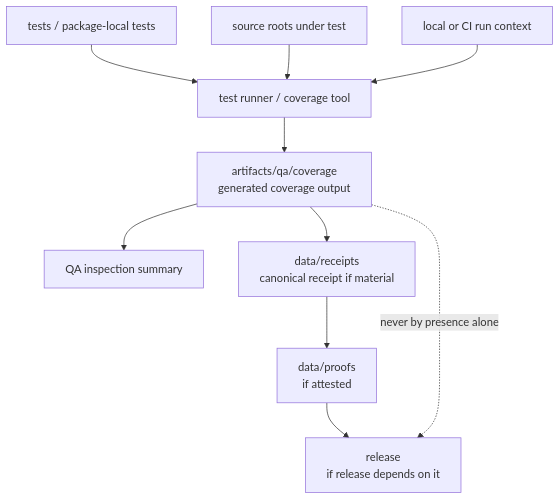
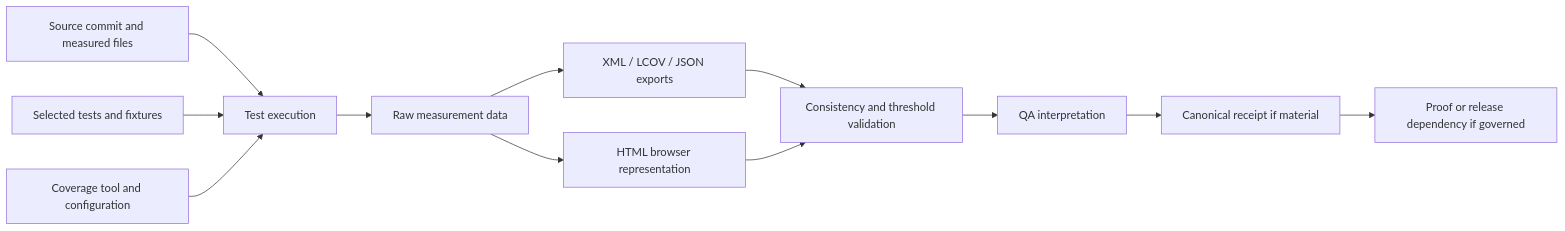
One commit to bartytime4life/Kansas-Frontier-Matrix changed the diagram in artifacts/qa/coverage/README.md. Above: the diagram before and after it, drawn with Mermaid. The commit also changed other lines of this file, not shown here.

Commit message:
docs(artifacts): ground coverage QA parent

````diff
--- a/artifacts/qa/coverage/README.md
+++ b/artifacts/qa/coverage/README.md
@@ -173,12 +388,14 @@
 ```mermaid
-flowchart TD
-    tests["tests / package-local tests"] --> runner["test runner / coverage tool"]
-    code["source roots under test"] --> runner
-    ci["local or CI run context"] --> runner
-    runner --> coverage["artifacts/qa/coverage\ngenerated coverage output"]
-    coverage --> summary["QA inspection summary"]
-    coverage --> receipt["data/receipts\ncanonical receipt if material"]
-    receipt --> proof["data/proofs\nif attested"]
-    proof --> release["release\nif release depends on it"]
-    coverage -. "never by presence alone" .-> release
+flowchart LR
+    S["Source commit and measured files"] --> E["Test execution"]
+    T["Selected tests and fixtures"] --> E
+    C["Coverage tool and configuration"] --> E
+    E --> M["Raw measurement data"]
+    M --> X["XML / LCOV / JSON exports"]
+    M --> H["HTML browser representation"]
+    X --> V["Consistency and threshold validation"]
+    H --> V
+    V --> Q["QA interpretation"]
+    Q --> R["Canonical receipt if material"]
+    R --> P["Proof or release dependency if governed"]
 ```
````
